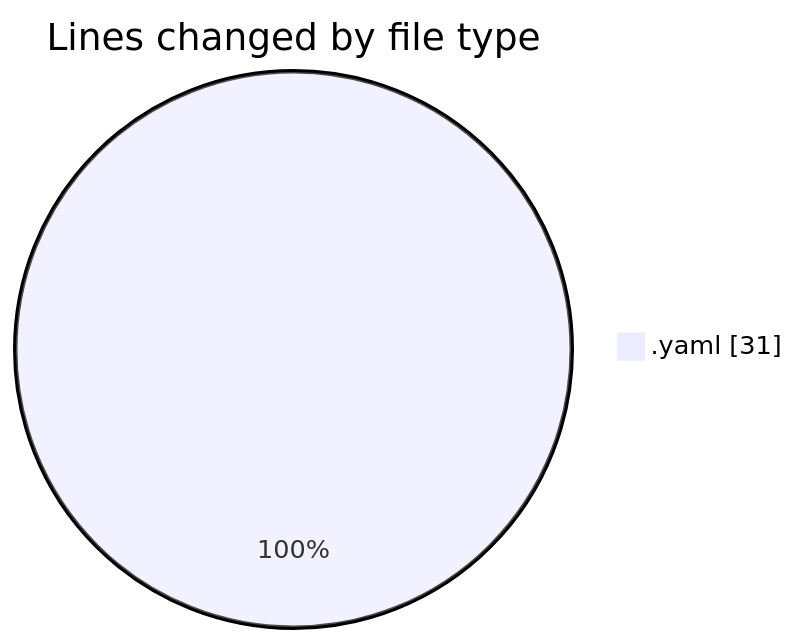
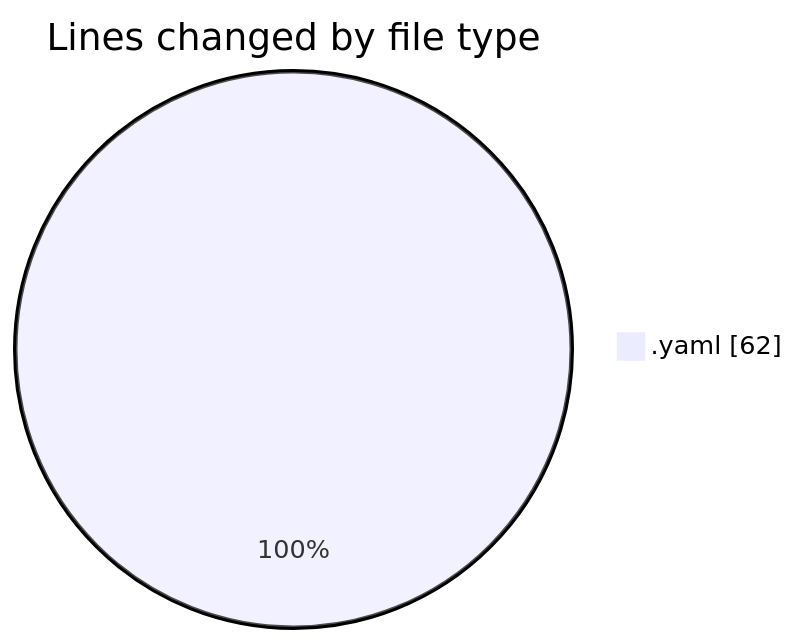
One commit to FelipKnott/code-tracking changed the first of 2 diagrams in 2025-09-05/erp-alpha/README.md. Above: the diagram before and after it, drawn with Mermaid. The commit also changed other lines of this file and 1 other file, not shown here.

````diff
--- a/2025-09-05/erp-alpha/README.md
+++ b/2025-09-05/erp-alpha/README.md
@@ -20,5 +20,5 @@
 ```mermaid
 pie showData
 title Lines changed by file type
-".yaml" : 31
+".yaml" : 62
 ```
````
